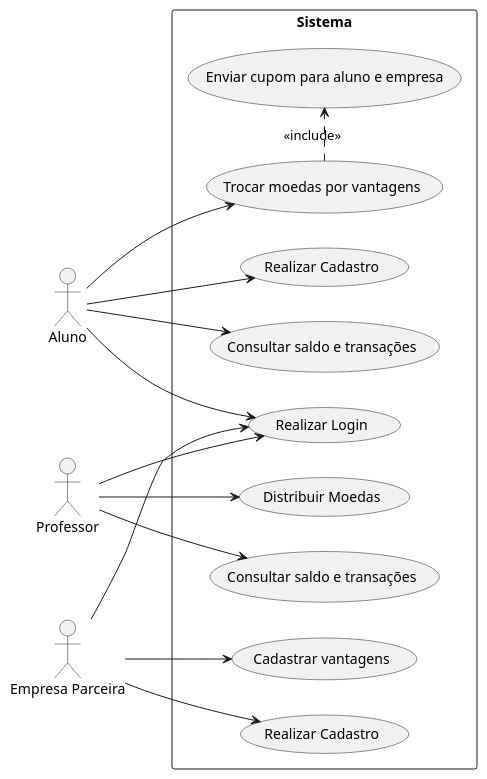
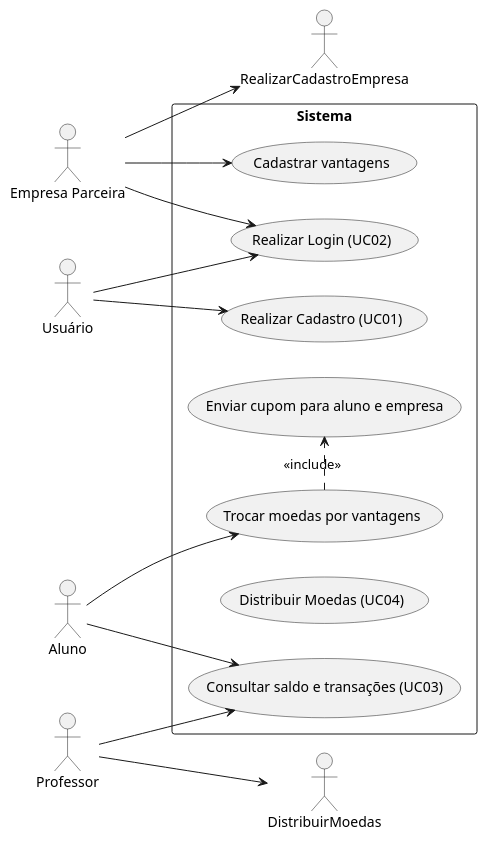
The diagram in project/docs/UserCaseDiagram.puml (milenalara/sistema-moeda-estudantil), drawn with PlantUML before and after one commit. The commit also changed 2 other files, not shown here.

Commit message:
diagrama de caso de uso atualizado

```diff
--- a/project/docs/UserCaseDiagram.puml
+++ b/project/docs/UserCaseDiagram.puml
@@ -1,38 +1,36 @@
 @startuml
 left to right direction
 
+actor "Usuário" as usuario
 actor "Aluno" as aluno
 actor "Professor" as professor
 actor "Empresa Parceira" as empresa
 
 rectangle Sistema {
-    usecase "Realizar Cadastro" as RealizarCadastroAluno
-    usecase "Realizar Cadastro" as RealizarCadastroEmpresa
-    usecase "Realizar Login" as RealizarLogin
+    usecase "Realizar Cadastro (UC01)" as UC01
+    usecase "Realizar Login (UC02)" as UC02
 
-    usecase "Distribuir Moedas" as DistribuirMoedas
+    usecase "Consultar saldo e transações (UC03)" as UC03
 
-    usecase "Consultar saldo e transações" as ConsultarSaldoAluno
-    usecase "Consultar saldo e transações" as ConsultarSaldoProfessor
+    usecase "Distribuir Moedas (UC04)" as UC04
 
     usecase "Cadastrar vantagens" as CadastrarVantagem
     usecase "Trocar moedas por vantagens" as TrocarMoedas
     usecase "Enviar cupom para aluno e empresa" as EnviarCupom
 }
 
-aluno --> RealizarCadastroAluno
-aluno --> RealizarLogin
-aluno --> ConsultarSaldoAluno
+usuario --> UC01
+usuario --> UC02
+aluno --> UC03
 aluno --> TrocarMoedas
 
-professor --> RealizarLogin
 professor --> DistribuirMoedas
-professor --> ConsultarSaldoProfessor
+professor --> UC03
 
 empresa --> RealizarCadastroEmpresa
-empresa --> RealizarLogin
+empresa --> UC02
 empresa --> CadastrarVantagem
 
 TrocarMoedas .> EnviarCupom : <<include>>
 
 @enduml
```
